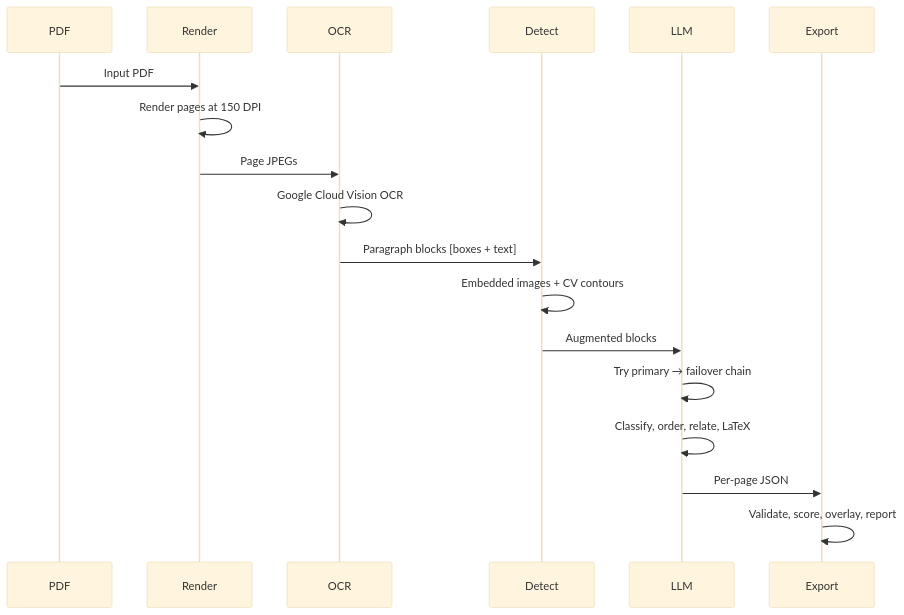
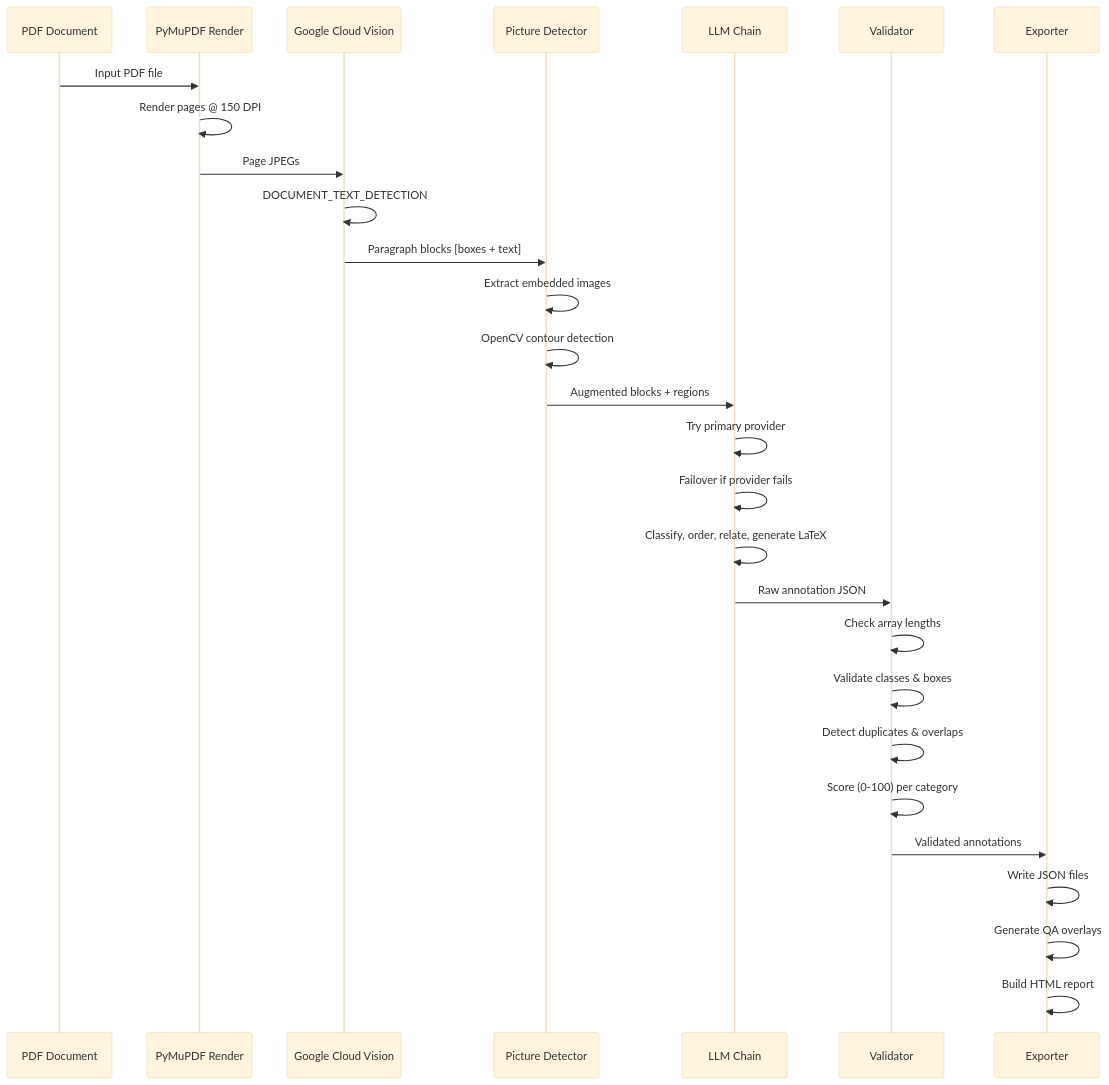
One commit to rai8053/indic-ocr-pipeline changed the second of 4 diagrams in README.md. Above: the diagram before and after it, drawn with Mermaid (base theme). The commit also changed other lines of this file, not shown here.

Commit message:
Improve README: visual hierarchy, comparison table, gallery, expanded FAQ, workflows, architecture diagrams

````diff
--- a/README.md
+++ b/README.md
@@ -160,21 +272,31 @@
 ```mermaid
 sequenceDiagram
-    participant PDF
-    participant Render
-    participant OCR
-    participant Detect
-    participant LLM
-    participant Export
+    participant PDF as PDF Document
+    participant Render as PyMuPDF Render
+    participant GCV as Google Cloud Vision
+    participant Detect as Picture Detector
+    participant LLM as LLM Chain
+    participant Valid as Validator
+    participant Export as Exporter
 
-    PDF->>Render: Input PDF
-    Render->>Render: Render pages at 150 DPI
-    Render->>OCR: Page JPEGs
-    OCR->>OCR: Google Cloud Vision OCR
-    OCR->>Detect: Paragraph blocks [boxes + text]
-    Detect->>Detect: Embedded images + CV contours
-    Detect->>LLM: Augmented blocks
-    LLM->>LLM: Try primary → failover chain
-    LLM->>LLM: Classify, order, relate, LaTeX
-    LLM->>Export: Per-page JSON
-    Export->>Export: Validate, score, overlay, report
+    PDF->>Render: Input PDF file
+    Render->>Render: Render pages @ 150 DPI
+    Render->>GCV: Page JPEGs
+    GCV->>GCV: DOCUMENT_TEXT_DETECTION
+    GCV->>Detect: Paragraph blocks [boxes + text]
+    Detect->>Detect: Extract embedded images
+    Detect->>Detect: OpenCV contour detection
+    Detect->>LLM: Augmented blocks + regions
+    LLM->>LLM: Try primary provider
+    LLM->>LLM: Failover if provider fails
+    LLM->>LLM: Classify, order, relate, generate LaTeX
+    LLM->>Valid: Raw annotation JSON
+    Valid->>Valid: Check array lengths
+    Valid->>Valid: Validate classes & boxes
+    Valid->>Valid: Detect duplicates & overlaps
+    Valid->>Valid: Score (0-100) per category
+    Valid->>Export: Validated annotations
+    Export->>Export: Write JSON files
+    Export->>Export: Generate QA overlays
+    Export->>Export: Build HTML report
 ```
````
